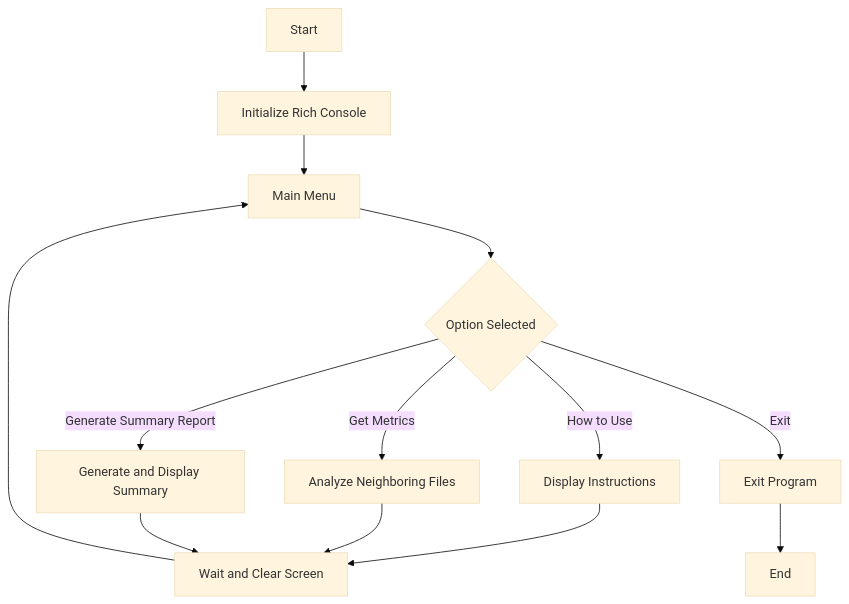
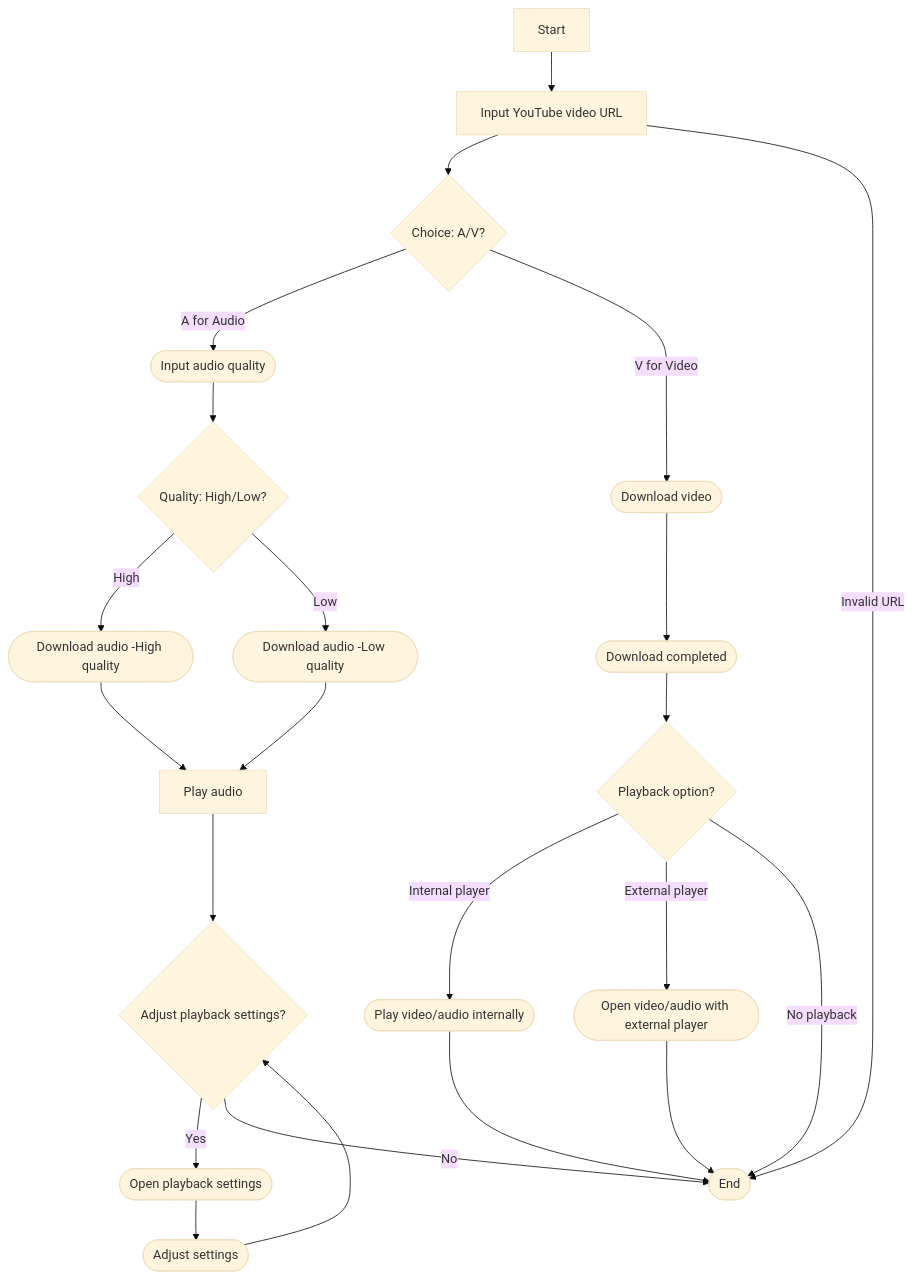
One commit to ECU-SENG4235/course-project-group-1 changed the diagram in README.md. Above: the diagram before and after it, drawn with Mermaid (base theme).

````diff
--- a/README.md
+++ b/README.md
@@ -21,15 +21,26 @@
 ```mermaid
 flowchart TD;
-    A[Start] --> B[Initialize Rich Console]
-    B --> C[Main Menu]
-    C --> D{Option Selected}
-    D -->|How to Use| E[Display Instructions]
-    D -->|Get Metrics| F[Analyze Neighboring Files]
-    D -->|Generate Summary Report| G[Generate and Display Summary]
-    D -->|Exit| H[Exit Program]
-    E --> I[Wait and Clear Screen] --> C
-    F --> I
-    G --> I
-    H --> J[End]
+    A[Start] --> B[Input YouTube video URL]
+    B --> C{Choice: A/V?}
+    C -->|A for Audio| D([Input audio quality])
+    C -->|V for Video| E([Download video])
+    D --> F{Quality: High/Low?}
+    F -->|High| G([Download audio -High quality])
+    F -->|Low| H([Download audio -Low quality])
+    G --> J[Play audio]
+    H --> J
+    E --> I([Download completed])
+    I --> K{Playback option?}
+    K -->|Internal player| L([Play video/audio internally])
+    K -->|External player| M([Open video/audio with external player])
+    K -->|No playback| N[End]
+    J --> O{Adjust playback settings?}
+    O -->|Yes| P([Open playback settings])
+    O -->|No| N
+    P --> Q([Adjust settings])
+    Q --> O
+    B -->|Invalid URL| N([End])
+    L --> N
+    M --> N
 
 ```
````
